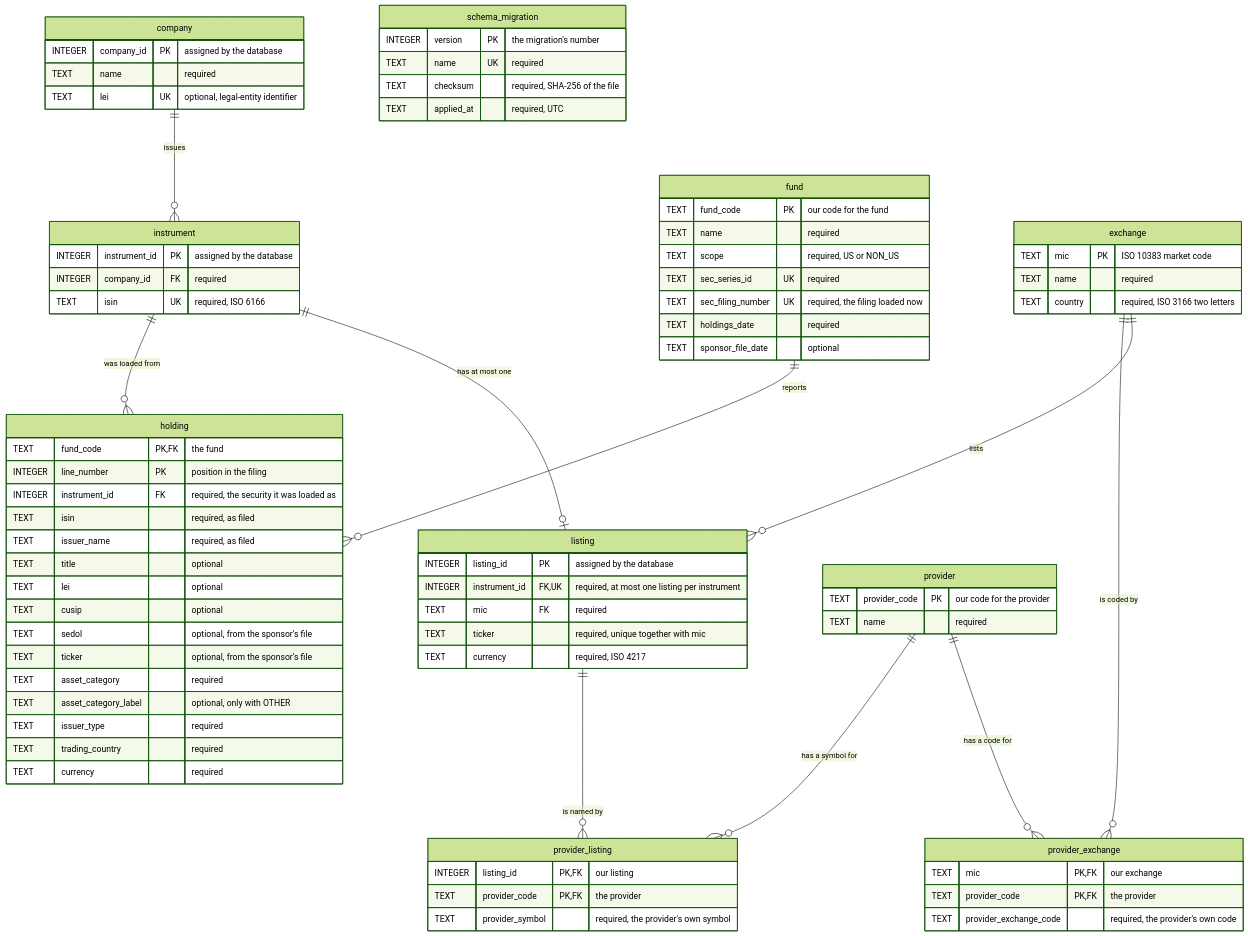
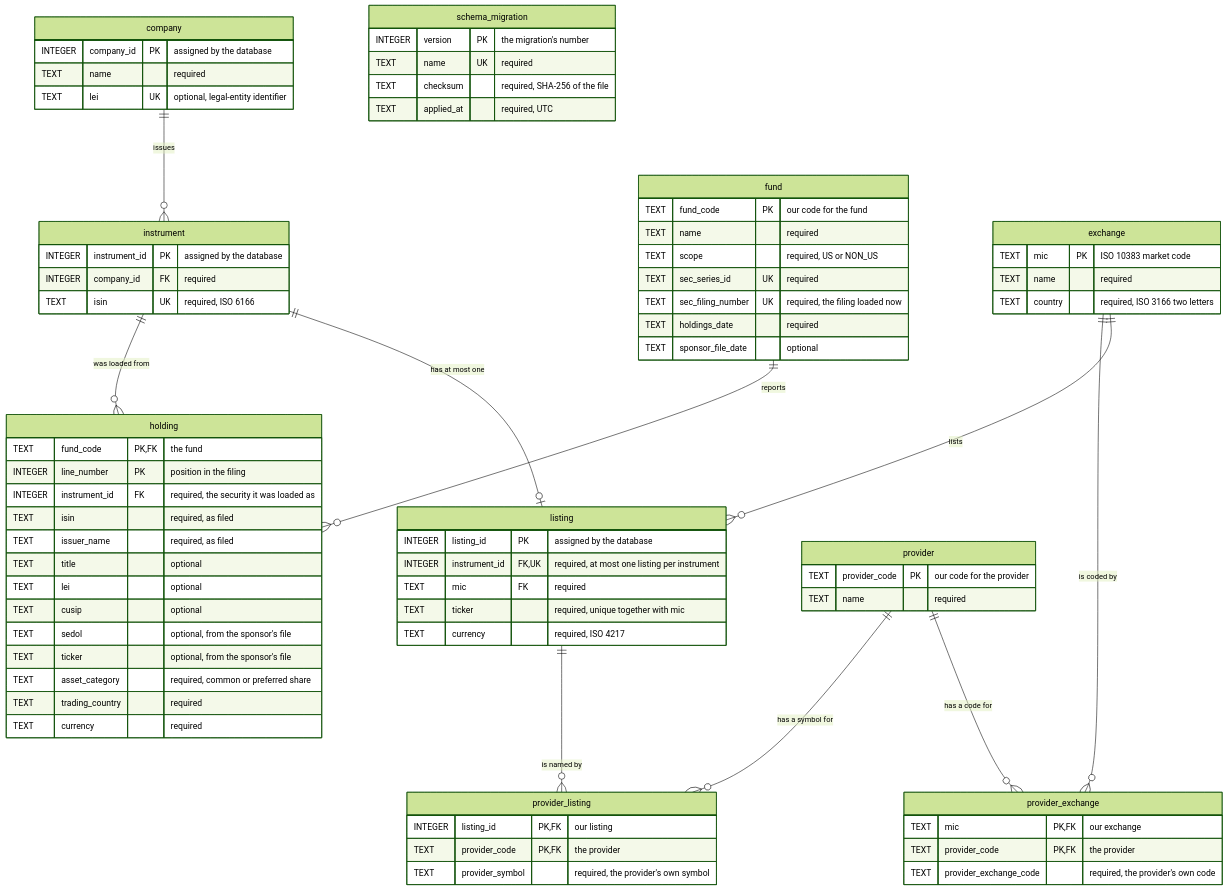
Before and after one commit to emretezel/pyvalue-next: the diagram in docs/database/README.md, drawn with Mermaid (forest theme). The commit also changed other lines of this file and 22 other files, not shown here.

````diff
--- a/docs/database/README.md
+++ b/docs/database/README.md
@@ -28,81 +28,79 @@
 ```mermaid
 erDiagram
     company ||--o{ instrument : "issues"
     instrument ||--o| listing : "has at most one"
     fund ||--o{ holding : "reports"
     instrument ||--o{ holding : "was loaded from"
     exchange ||--o{ listing : "lists"
     provider ||--o{ provider_exchange : "has a code for"
     exchange ||--o{ provider_exchange : "is coded by"
     provider ||--o{ provider_listing : "has a symbol for"
     listing ||--o{ provider_listing : "is named by"
 
     exchange {
         TEXT mic PK "ISO 10383 market code"
         TEXT name "required"
         TEXT country "required, ISO 3166 two letters"
     }
     company {
         INTEGER company_id PK "assigned by the database"
         TEXT name "required"
         TEXT lei UK "optional, legal-entity identifier"
     }
     instrument {
         INTEGER instrument_id PK "assigned by the database"
         INTEGER company_id FK "required"
         TEXT isin UK "required, ISO 6166"
     }
     listing {
         INTEGER listing_id PK "assigned by the database"
         INTEGER instrument_id FK, UK "required, at most one listing per instrument"
         TEXT mic FK "required"
         TEXT ticker "required, unique together with mic"
         TEXT currency "required, ISO 4217"
     }
     fund {
         TEXT fund_code PK "our code for the fund"
         TEXT name "required"
         TEXT scope "required, US or NON_US"
         TEXT sec_series_id UK "required"
         TEXT sec_filing_number UK "required, the filing loaded now"
         TEXT holdings_date "required"
         TEXT sponsor_file_date "optional"
     }
     holding {
         TEXT fund_code PK, FK "the fund"
         INTEGER line_number PK "position in the filing"
         INTEGER instrument_id FK "required, the security it was loaded as"
         TEXT isin "required, as filed"
         TEXT issuer_name "required, as filed"
         TEXT title "optional"
         TEXT lei "optional"
         TEXT cusip "optional"
         TEXT sedol "optional, from the sponsor's file"
         TEXT ticker "optional, from the sponsor's file"
-        TEXT asset_category "required"
-        TEXT asset_category_label "optional, only with OTHER"
-        TEXT issuer_type "required"
+        TEXT asset_category "required, common or preferred share"
         TEXT trading_country "required"
         TEXT currency "required"
     }
     provider {
         TEXT provider_code PK "our code for the provider"
         TEXT name "required"
     }
     provider_exchange {
         TEXT mic PK, FK "our exchange"
         TEXT provider_code PK, FK "the provider"
         TEXT provider_exchange_code "required, the provider's own code"
     }
     provider_listing {
         INTEGER listing_id PK, FK "our listing"
         TEXT provider_code PK, FK "the provider"
         TEXT provider_symbol "required, the provider's own symbol"
     }
     schema_migration {
         INTEGER version PK "the migration's number"
         TEXT name UK "required"
         TEXT checksum "required, SHA-256 of the file"
         TEXT applied_at "required, UTC"
     }
 ```
````
